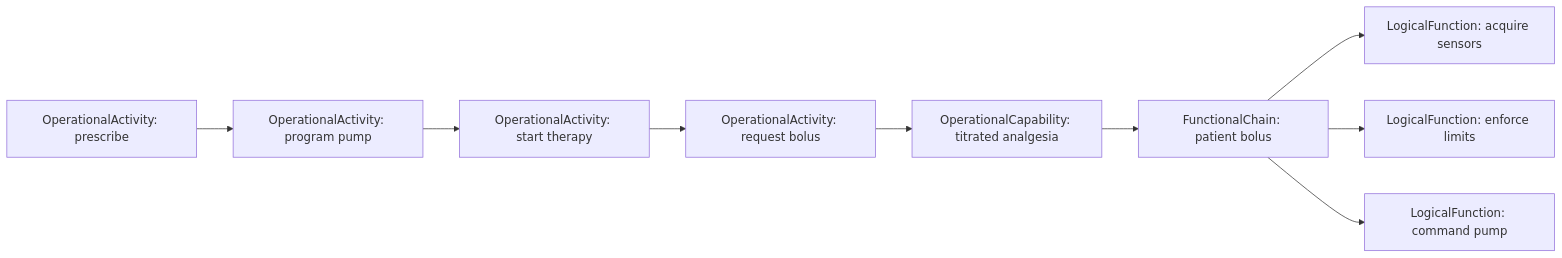
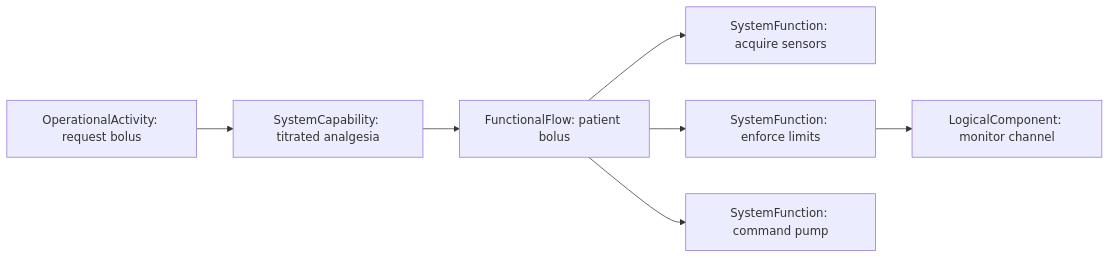
Before and after one commit to memoarchitect/memo: the diagram in docs/layers/operations-system.md, drawn with Mermaid. The commit also changed other lines of this file and 177 other files, not shown here.

````diff
--- a/docs/layers/operations-system.md
+++ b/docs/layers/operations-system.md
@@ -37,11 +39,9 @@
 ```mermaid
 flowchart LR
-    Prescribe[OperationalActivity: prescribe] --> Program[OperationalActivity: program pump]
-    Program --> Start[OperationalActivity: start therapy]
-    Start --> Bolus[OperationalActivity: request bolus]
-    Bolus --> Capability[OperationalCapability: titrated analgesia]
-    Capability --> Chain[FunctionalChain: patient bolus]
-    Chain --> Sense[LogicalFunction: acquire sensors]
-    Chain --> Limit[LogicalFunction: enforce limits]
-    Chain --> Deliver[LogicalFunction: command pump]
+    Bolus[OperationalActivity: request bolus] --> Capability[SystemCapability: titrated analgesia]
+    Capability --> Chain[FunctionalFlow: patient bolus]
+    Chain --> Sense[SystemFunction: acquire sensors]
+    Chain --> Limit[SystemFunction: enforce limits]
+    Chain --> Command[SystemFunction: command pump]
+    Limit --> Logical[LogicalComponent: monitor channel]
 ```
````
